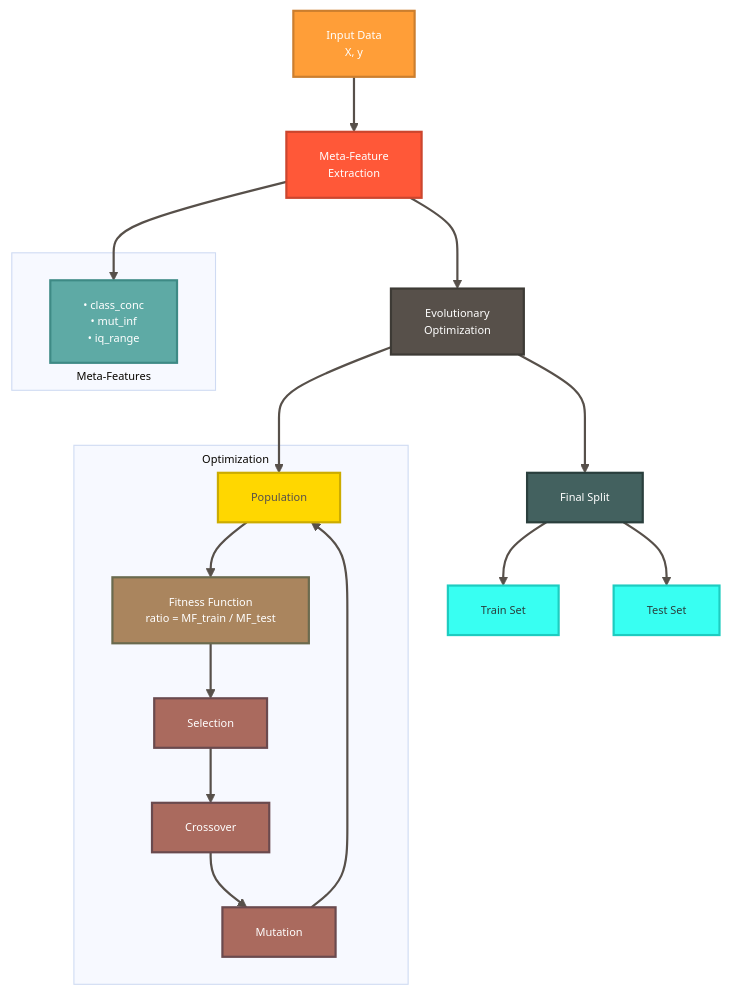
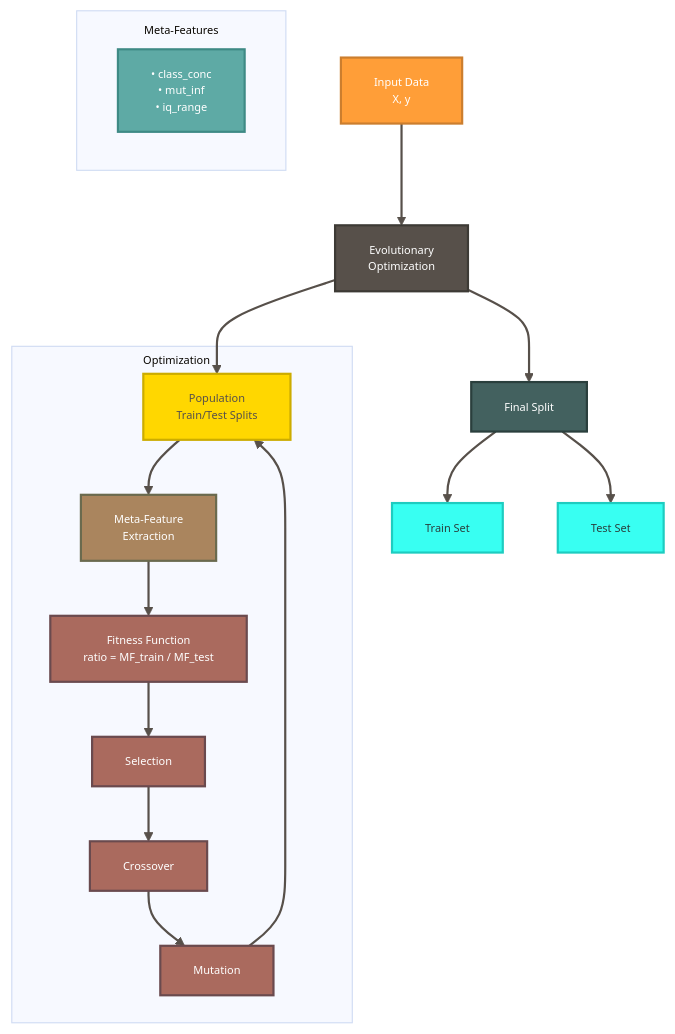
Before and after one commit to ITMO-NSS-team/OOD_Tab_Evaluation: the first of 2 diagrams in README.md, drawn with Mermaid. The commit also changed other lines of this file, not shown here.

````diff
--- a/README.md
+++ b/README.md
@@ -54,38 +54,37 @@
 ```mermaid
 %%{init: {'theme': 'base', 'themeVariables': { 'fontSize': '10px' }}}%%
 graph TD
-    A[Input Data<br/>X, y] --> B[Meta-Feature<br/>Extraction]
-    B --> C[Evolutionary<br/>Optimization]
+    A[Input Data<br/>X, y] --> C[Evolutionary<br/>Optimization]
     
-    subgraph Meta-Features["<div style='text-align: center; margin-top: 105px;'>Meta-Features</div>"]
+    subgraph Meta-Features["<div style='text-align: center; margin-top: 10px;'>Meta-Features</div>"]
         D["• class_conc<br/>• mut_inf<br/>• iq_range"]
     end
     
     subgraph Optimization["<div style='text-align: right; margin-top: 5px; margin-right: 10px;'>Optimization</div>"]
-        E["Population"] --> F["Fitness Function<br/>ratio = MF_train / MF_test"]
-        F --> G["Selection"]
-        G --> H["Crossover"]
-        H --> I["Mutation"]
-        I --> E
+        E["Population<br/>Train/Test Splits"] --> F["Meta-Feature<br/>Extraction"]
+        F --> G["Fitness Function<br/>ratio = MF_train / MF_test"]
+        G --> H["Selection"]
+        H --> I["Crossover"]
+        I --> J["Mutation"]
+        J --> E
     end
     
-    B --> D
     C --> E
-    C --> J["Final Split"]
-    J --> K["Train Set"] & L["Test Set"]
+    C --> K["Final Split"]
+    K --> L["Train Set"] & M["Test Set"]
     
     style A fill:#FF9E38,stroke:#CC7E2E,stroke-width:2px,color:#fff
-    style B fill:#FF5838,stroke:#CC462E,stroke-width:2px,color:#fff
     style C fill:#57504A,stroke:#3D3A35,stroke-width:2px,color:#fff
-    style J fill:#43615F,stroke:#2A3F3D,stroke-width:2px,color:#fff
-    style K fill:#38FFF2,stroke:#1ECCC0,stroke-width:2px,color:#2A3F3D
+    style K fill:#43615F,stroke:#2A3F3D,stroke-width:2px,color:#fff
     style L fill:#38FFF2,stroke:#1ECCC0,stroke-width:2px,color:#2A3F3D
+    style M fill:#38FFF2,stroke:#1ECCC0,stroke-width:2px,color:#2A3F3D
     style D fill:#5EAAA5,stroke:#3E8A85,stroke-width:2px,color:#fff
     style E fill:#FFD700,stroke:#CCAC00,stroke-width:2px,color:#57504A
     style F fill:#AA855E,stroke:#6A6A4E,stroke-width:2px,color:#fff
     style G fill:#AA6A5E,stroke:#6A4A4E,stroke-width:2px,color:#fff
     style H fill:#AA6A5E,stroke:#6A4A4E,stroke-width:2px,color:#fff
     style I fill:#AA6A5E,stroke:#6A4A4E,stroke-width:2px,color:#fff
+    style J fill:#AA6A5E,stroke:#6A4A4E,stroke-width:2px,color:#fff
     
     linkStyle default stroke:#57504A,stroke-width:2px
 ```
````
